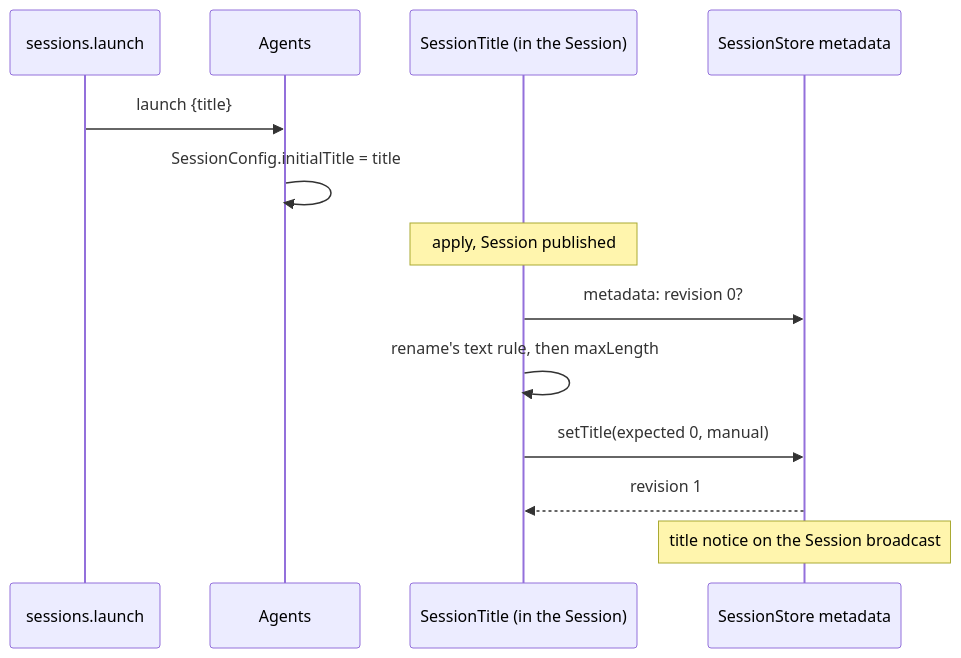
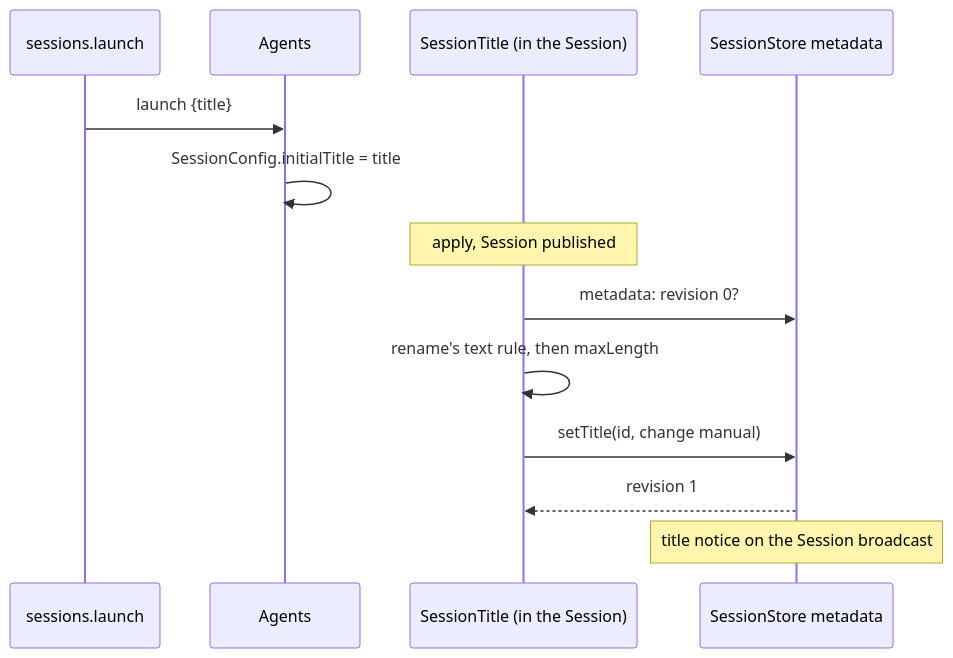
One commit to arcships/dim changed the fifth of 6 diagrams in docs/design/plugins/SessionTitle.md. Above: the diagram before and after it, drawn with Mermaid. The commit also changed other lines of this file and 5 other files, not shown here.

````diff
--- a/docs/design/plugins/SessionTitle.md
+++ b/docs/design/plugins/SessionTitle.md
@@ -248,15 +248,15 @@
 ```mermaid
 sequenceDiagram
   participant L as sessions.launch
   participant A as Agents
   participant ST as SessionTitle (in the Session)
   participant Meta as SessionStore metadata
   L->>A: launch {title}
   A->>A: SessionConfig.initialTitle = title
   Note over ST: apply, Session published
   ST->>Meta: metadata: revision 0?
   ST->>ST: rename's text rule, then maxLength
-  ST->>Meta: setTitle(expected 0, manual)
+  ST->>Meta: setTitle(id, change manual)
   Meta-->>ST: revision 1
   Note over Meta: title notice on the Session broadcast
 ```
````
